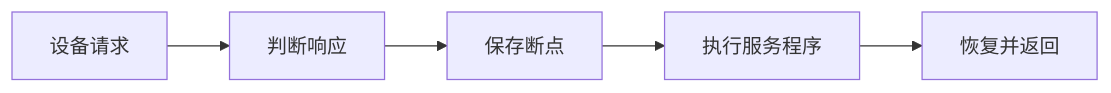
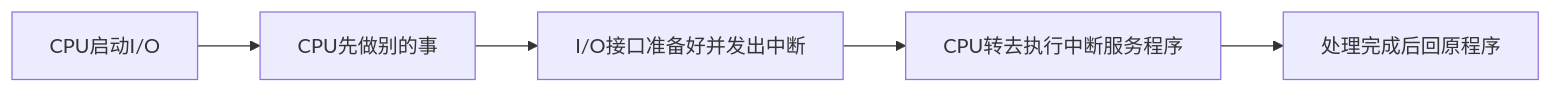
The diagram in 01_综合知识/01_计算机系统基础知识/01_计算机组成与体系结构/03_总线与IO/中断技术.md (74262195/system-architect-notes), drawn with Mermaid before and after one commit. The commit also changed other lines of this file, not shown here.

Commit message:
docs: rebuild interrupt note learning flow

```diff
--- a/01_综合知识/01_计算机系统基础知识/01_计算机组成与体系结构/03_总线与IO/中断技术.md
+++ b/01_综合知识/01_计算机系统基础知识/01_计算机组成与体系结构/03_总线与IO/中断技术.md
@@ -43,7 +113,7 @@
 ~~~mermaid
 flowchart LR
-    A[设备请求] --> B[判断响应]
-    B --> C[保存断点]
-    C --> D[执行服务程序]
-    D --> E[恢复并返回]
+    A[CPU启动I/O] --> B[CPU先做别的事]
+    B --> C[I/O接口准备好并发出中断]
+    C --> D[CPU转去执行中断服务程序]
+    D --> E[处理完成后回原程序]
 ~~~
```
